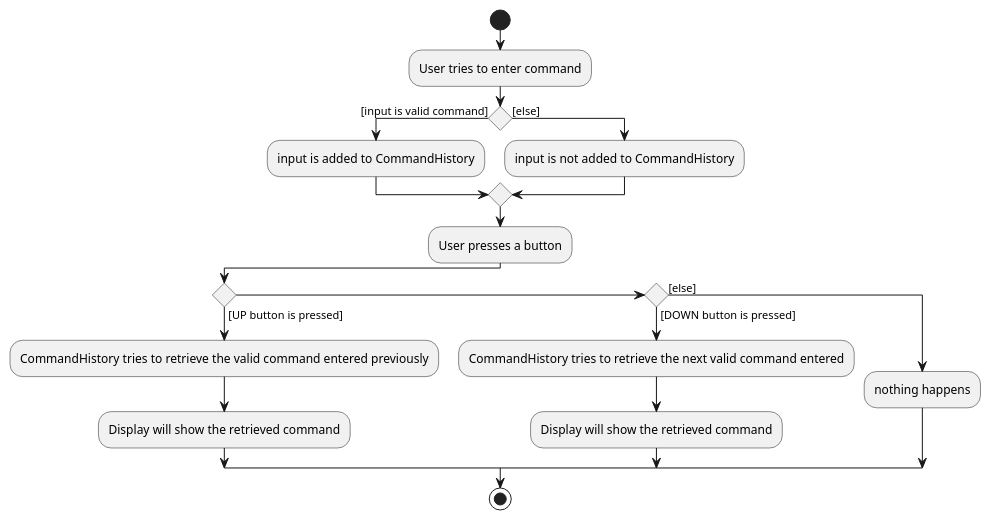
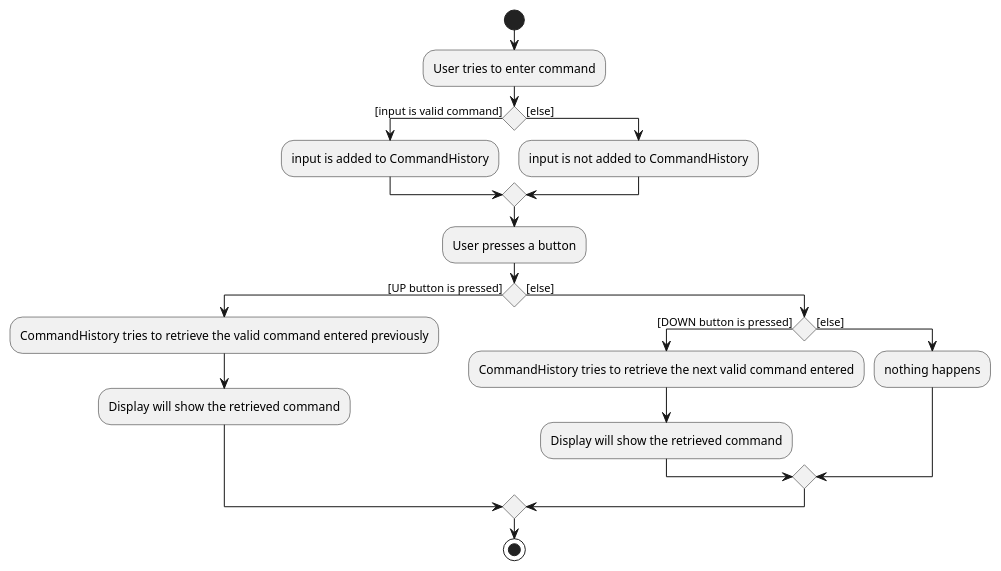
The diagram in docs/diagrams/CommandHistoryActivity.puml (rtshkmr/tp), drawn with PlantUML before and after one commit.

Commit message:
Update CommandHistory diagram

```diff
--- a/docs/diagrams/CommandHistoryActivity.puml
+++ b/docs/diagrams/CommandHistoryActivity.puml
@@ -1,20 +1,23 @@
 @startuml
 start
 :User tries to enter command;
 if () then ([input is valid command])
   :input is added to CommandHistory;
 else ([else])
   :input is not added to CommandHistory;
 endif;
 :User presses a button;
 if () then ([UP button is pressed])
   :CommandHistory tries to retrieve the valid command entered previously;
   :Display will show the retrieved command;
-else if () then ([DOWN button is pressed])
-  :CommandHistory tries to retrieve the next valid command entered;
-  :Display will show the retrieved command;
 else ([else])
-  :nothing happens;
+  if () then ([DOWN button is pressed])
+    :CommandHistory tries to retrieve the next valid command entered;
+    :Display will show the retrieved command;
+  else ([else])
+    :nothing happens;
+  endif;
 endif;
+
 stop
 @enduml
```
